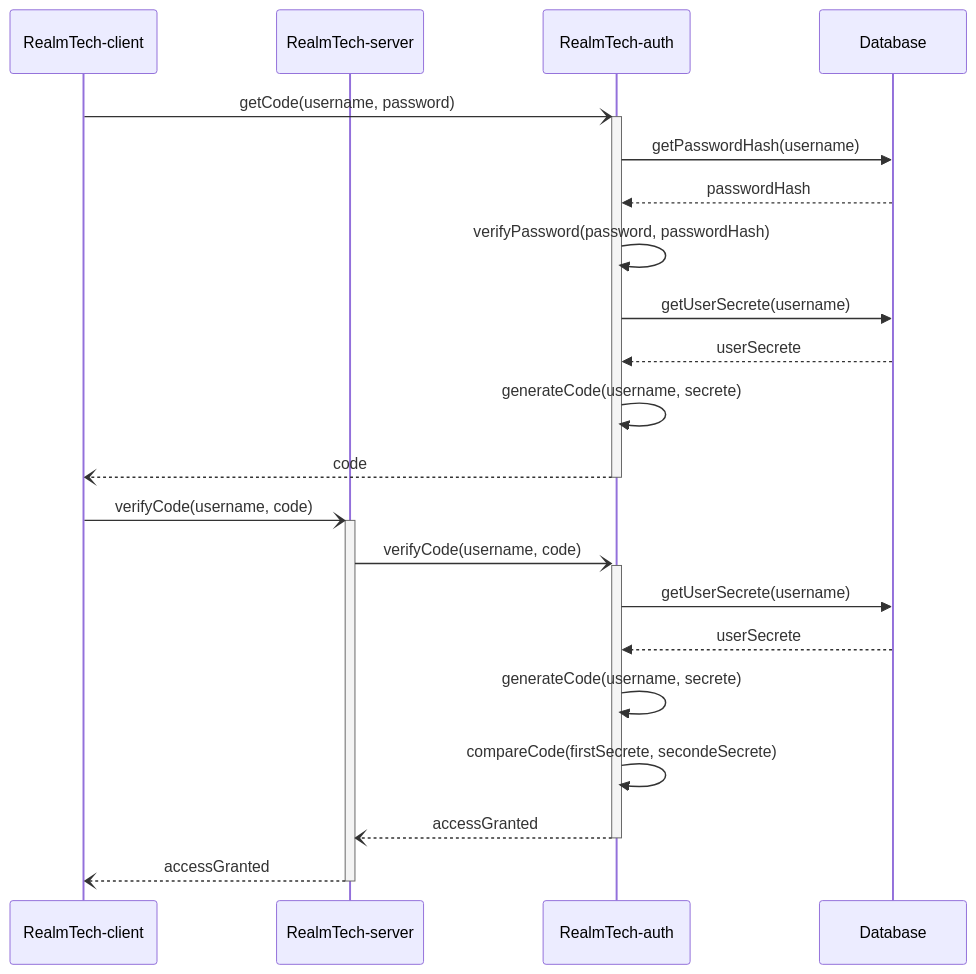
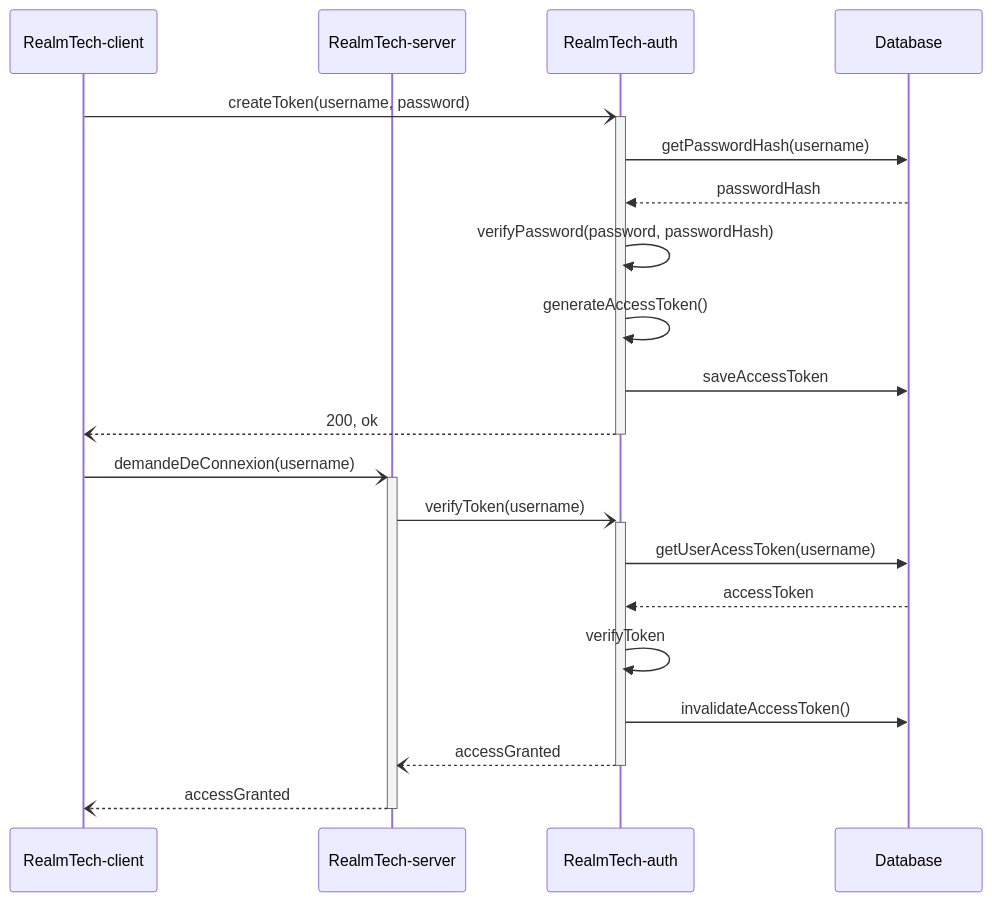
Before and after one commit to FabienChatton/RealmTech-auth: the first of 2 diagrams in readme.md, drawn with Mermaid. The commit also changed other lines of this file and 12 other files, not shown here.

Commit message:
implémentation méthode access token

````diff
--- a/readme.md
+++ b/readme.md
@@ -29,24 +27,23 @@
 ```mermaid
 sequenceDiagram
     participant RealmTech-client
     participant RealmTech-server
     participant RealmTech-auth
     participant Database
 
-    RealmTech-client -)+ RealmTech-auth:  getCode(username, password)
+    RealmTech-client -)+ RealmTech-auth:  createToken(username, password)
     RealmTech-auth ->> Database: getPasswordHash(username)
     Database -->> RealmTech-auth: passwordHash
     RealmTech-auth ->> RealmTech-auth: verifyPassword(password, passwordHash)
-    RealmTech-auth ->> Database: getUserSecrete(username)
-    Database -->> RealmTech-auth: userSecrete
-    RealmTech-auth ->> RealmTech-auth: generateCode(username, secrete)
-    RealmTech-auth --)- RealmTech-client: code
-    RealmTech-client -)+ RealmTech-server: verifyCode(username, code)
-    RealmTech-server -)+ RealmTech-auth: verifyCode(username, code)
-    RealmTech-auth ->> Database: getUserSecrete(username)
-    Database -->> RealmTech-auth: userSecrete
-    RealmTech-auth ->> RealmTech-auth: generateCode(username, secrete)
-    RealmTech-auth ->> RealmTech-auth: compareCode(firstSecrete, secondeSecrete)
+    RealmTech-auth ->> RealmTech-auth: generateAccessToken()
+    RealmTech-auth ->> Database: saveAccessToken
+    RealmTech-auth --)- RealmTech-client: 200, ok
+    RealmTech-client -)+ RealmTech-server: demandeDeConnexion(username)
+    RealmTech-server -)+ RealmTech-auth: verifyToken(username)
+    RealmTech-auth ->> Database: getUserAcessToken(username)
+    Database -->> RealmTech-auth: accessToken
+    RealmTech-auth ->> RealmTech-auth: verifyToken
+    RealmTech-auth ->> Database: invalidateAccessToken()
     RealmTech-auth --)- RealmTech-server: accessGranted
     RealmTech-server --)- RealmTech-client: accessGranted
 ```
````
